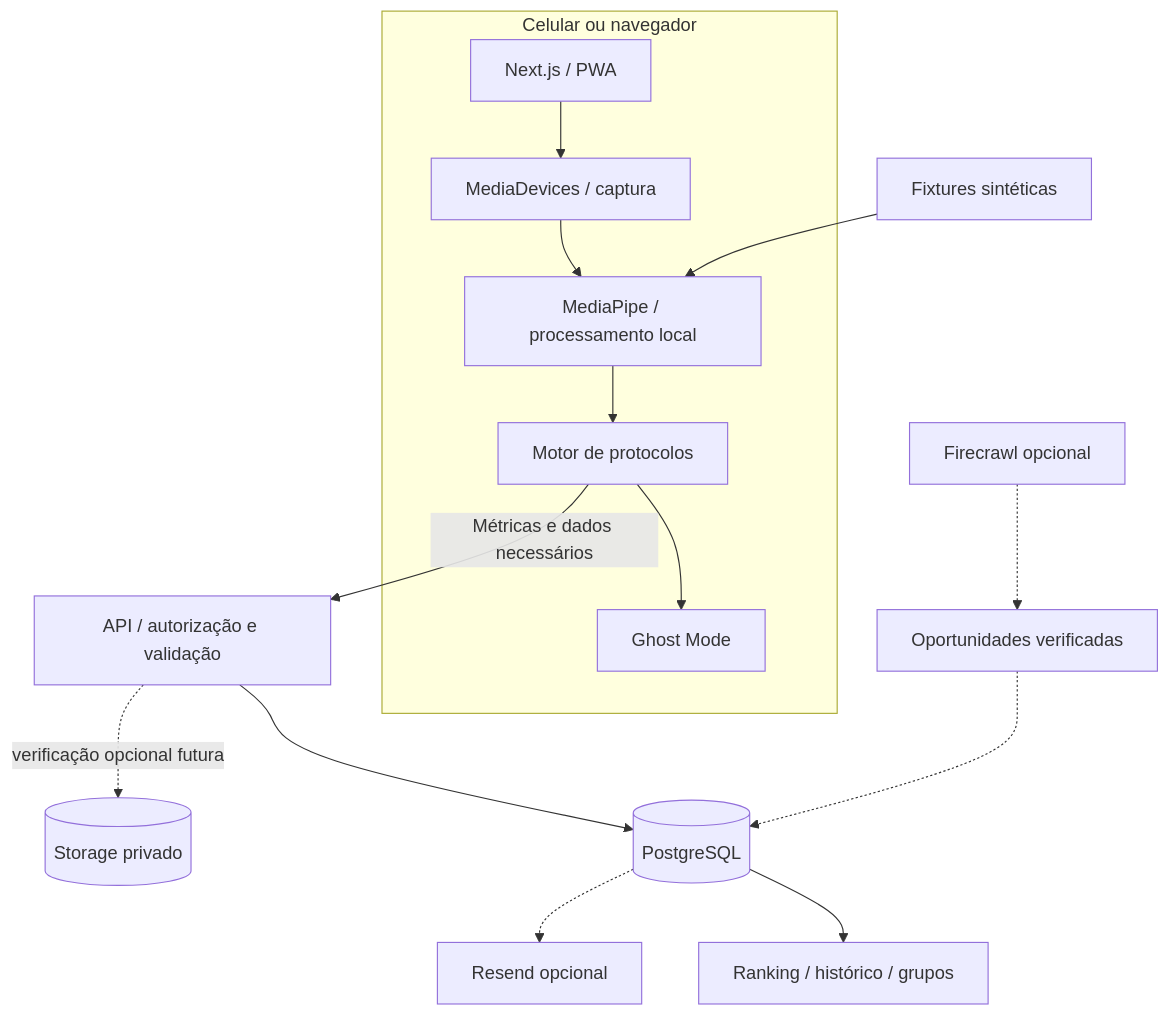
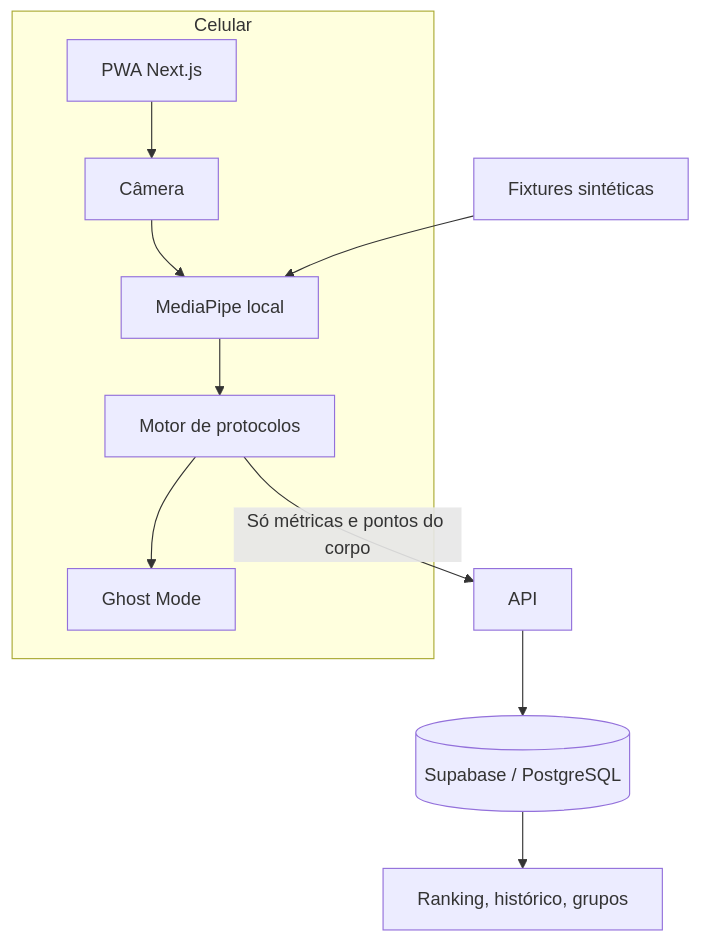
Before and after one commit to Lucas-Andrade-Silva/hackasEsporteFilasOff: the third of 3 diagrams in MOVA_Brasil_Projeto_Completo_Hack_Brasil_2026.md, drawn with Mermaid. The commit also changed other lines of this file and 1 other file, not shown here.

````diff
--- a/MOVA_Brasil_Projeto_Completo_Hack_Brasil_2026.md
+++ b/MOVA_Brasil_Projeto_Completo_Hack_Brasil_2026.md
@@ -499,19 +482,13 @@
 ```mermaid
 flowchart TB
-  subgraph Client[Celular ou navegador]
-    A[Next.js / PWA]
-    B[MediaDevices / captura]
-    C[MediaPipe / processamento local]
-    D[Motor de protocolos]
-    E[Ghost Mode]
-    A --> B --> C --> D --> E
+  subgraph Celular
+    A[PWA Next.js] --> B[Câmera]
+    B --> C[MediaPipe local]
+    C --> D[Motor de protocolos]
+    D --> E[Ghost Mode]
   end
-  D -->|Métricas e dados necessários| API[API / autorização e validação]
-  API --> DB[(PostgreSQL)]
-  DB --> R[Ranking / histórico / grupos]
-  API -. verificação opcional futura .-> ST[(Storage privado)]
-  F[Firecrawl opcional] -.-> O[Oportunidades verificadas]
-  O -.-> DB
-  DB -.-> N[Resend opcional]
+  D -->|Só métricas e pontos do corpo| API[API]
+  API --> DB[(Supabase / PostgreSQL)]
+  DB --> R[Ranking, histórico, grupos]
   T[Fixtures sintéticas] --> C
 ```
````
